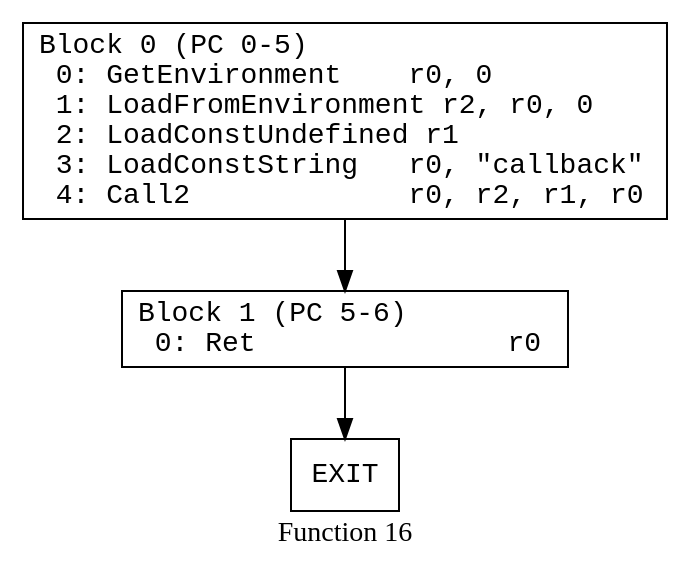
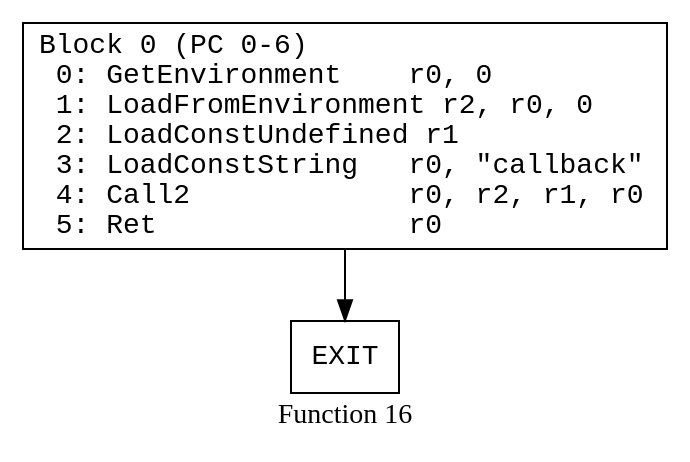
One commit to kroo/hermes-dec-rs changed the diagram in data/individual_pdfs/flow_control_function_16.dot. Above: the diagram before and after it, drawn with Graphviz. The commit also changed 116 other files, not shown here.

```diff
--- a/data/individual_pdfs/flow_control_function_16.dot
+++ b/data/individual_pdfs/flow_control_function_16.dot
@@ -1,18 +1,16 @@
 // Function 16 from flow_control
 // Generated from data/flow_control.dot
 
 digraph {
   rankdir=TB;
   node [shape=box, fontname="monospace"];
 
   label = "Function 16";
   style = filled;
   color = lightgrey;
 
-  f16_n0 [ label = "Block 0 (PC 0-5)\l  0: GetEnvironment    r0, 0\l  1: LoadFromEnvironment r2, r0, 0\l  2: LoadConstUndefined r1\l  3: LoadConstString   r0, \"callback\"\l  4: Call2             r0, r2, r1, r0\l" ]
-  f16_n1 [ label = "Block 1 (PC 5-6)\l  0: Ret               r0\l" ]
-  f16_n2 [ label = "EXIT" ]
+  f16_n0 [ label = "Block 0 (PC 0-6)\l  0: GetEnvironment    r0, 0\l  1: LoadFromEnvironment r2, r0, 0\l  2: LoadConstUndefined r1\l  3: LoadConstString   r0, \"callback\"\l  4: Call2             r0, r2, r1, r0\l  5: Ret               r0\l" ]
+  f16_n1 [ label = "EXIT" ]
 
   f16_n0 -> f16_n1
-  f16_n1 -> f16_n2
 }
```
